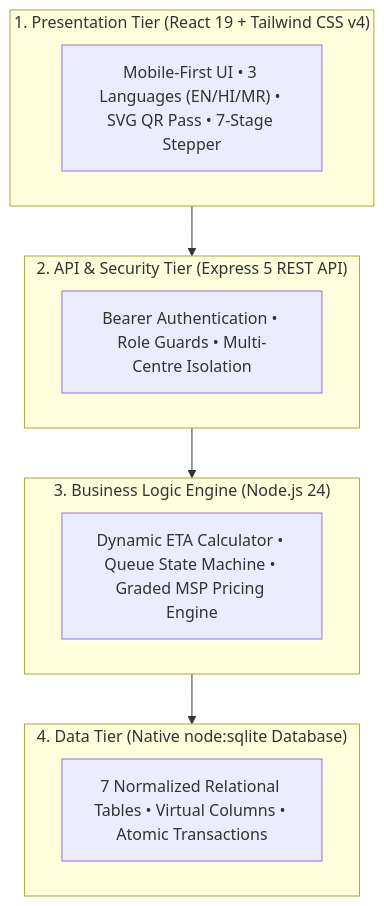
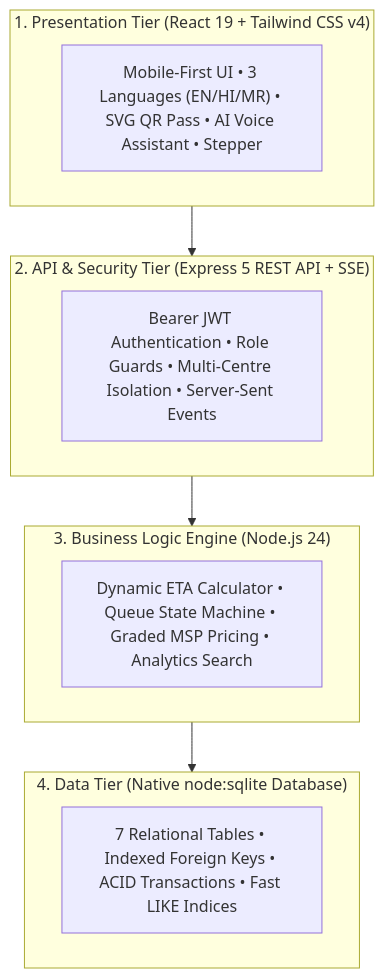
One commit to ayus0109/ProcureFlow changed the fourth of 4 diagrams in README.md. Above: the diagram before and after it, drawn with Mermaid. The commit also changed other lines of this file, not shown here.

Commit message:
docs: update README.md with Voice Assistant, Queue Management, Analytics flowcharts and verification steps

````diff
--- a/README.md
+++ b/README.md
@@ -88,20 +152,20 @@
 ```mermaid
 graph TD
     subgraph L1["1. Presentation Tier (React 19 + Tailwind CSS v4)"]
-        A["Mobile-First UI • 3 Languages (EN/HI/MR) • SVG QR Pass • 7-Stage Stepper"]
+        A["Mobile-First UI • 3 Languages (EN/HI/MR) • SVG QR Pass • AI Voice Assistant • Stepper"]
     end
     
-    subgraph L2["2. API & Security Tier (Express 5 REST API)"]
-        B["Bearer Authentication • Role Guards • Multi-Centre Isolation"]
+    subgraph L2["2. API & Security Tier (Express 5 REST API + SSE)"]
+        B["Bearer JWT Authentication • Role Guards • Multi-Centre Isolation • Server-Sent Events"]
     end
     
     subgraph L3["3. Business Logic Engine (Node.js 24)"]
-        C["Dynamic ETA Calculator • Queue State Machine • Graded MSP Pricing Engine"]
+        C["Dynamic ETA Calculator • Queue State Machine • Graded MSP Pricing • Analytics Search"]
     end
     
     subgraph L4["4. Data Tier (Native node:sqlite Database)"]
-        D["7 Normalized Relational Tables • Virtual Columns • Atomic Transactions"]
+        D["7 Relational Tables • Indexed Foreign Keys • ACID Transactions • Fast LIKE Indices"]
     end
 
     L1 --> L2 --> L3 --> L4
 ```
````
